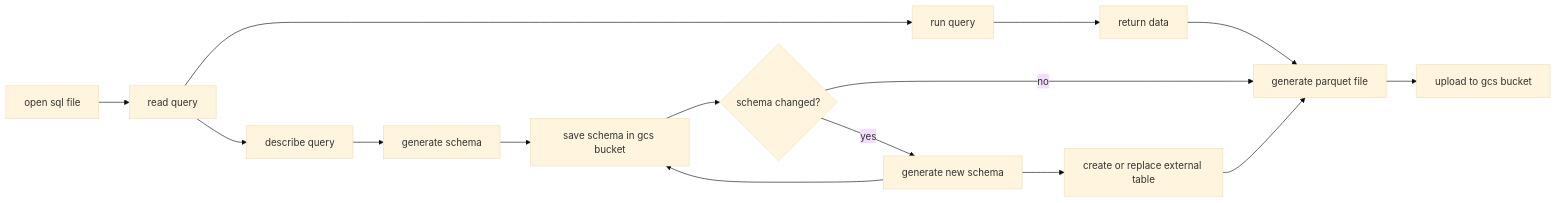
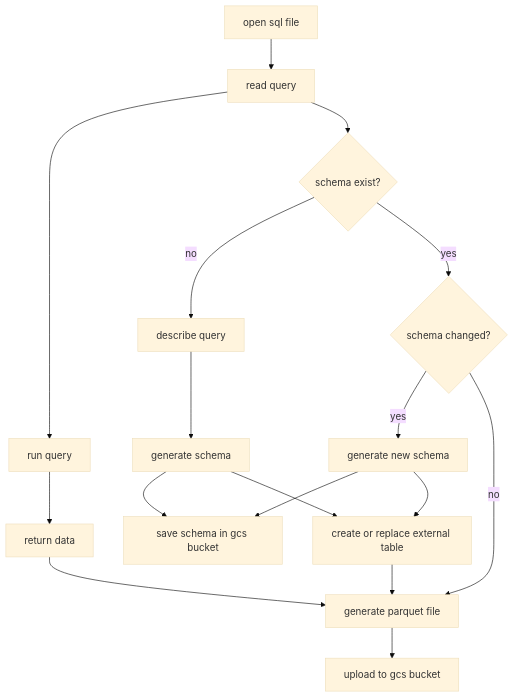
The diagram in research/duckdb-research/README.md (oyindonesia/data-engineering-tolic), drawn with Mermaid (base theme) before and after one commit. The commit also changed other lines of this file, not shown here.

````diff
--- a/research/duckdb-research/README.md
+++ b/research/duckdb-research/README.md
@@ -1,20 +3,35 @@
 ```mermaid
-flowchart LR;
-    a[open sql file]
-    b[read query]
-    c[run query]
-    d[return data]
-    e[generate parquet file]
-    f[upload to gcs bucket]
+flowchart TD
 
-    a-->b-->c-->d-->e-->f
+a[open sql file]
+b[read query]
+c[run query]
+d[return data]
+e[generate parquet file]
+f[upload to gcs bucket]
 
-    b-->ba[describe query]
-    ba-->bb[generate schema]-->bc[save schema in gcs bucket]
-    bc-->bca{schema changed?}
-    bca-->|no| e
-    bca-->|yes| bcb[generate new schema]
-    bcb-->bc
-    bcb-->bd[create or replace external table]
-    bd-->e
+a-->b-->c-->d-->e-->f
+
+bq{schema exist?}
+ba[describe query]
+bb[generate schema]
+bc[save schema in gcs bucket]
+bd[create or replace external table]
+bca{schema changed?}
+bcb[generate new schema]
+
+b-->bq
+bq-->|no| ba
+bq-->|yes| bca
+
+ba-->bb-->bc
+
+bca-->|yes| bcb
+bca-->|no| e
+
+bcb-->bc
+bb-->bd
+bcb-->bd
+
+bd-->e
 ```
````
